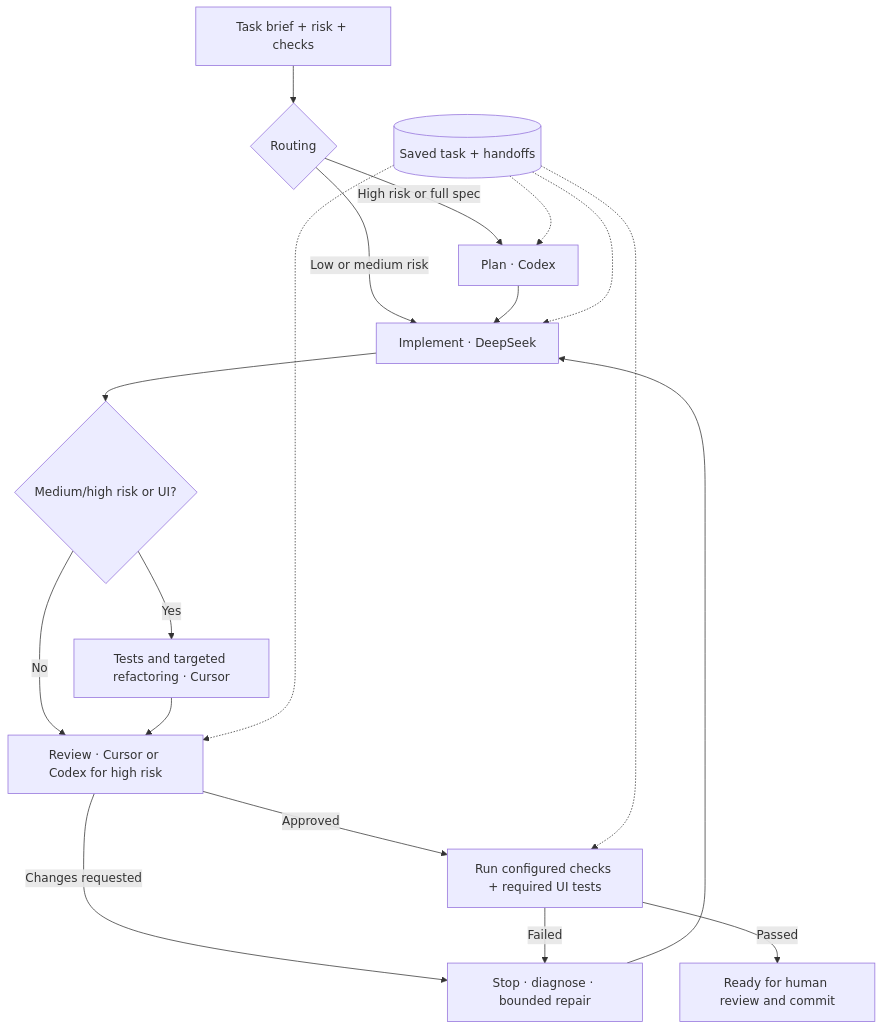
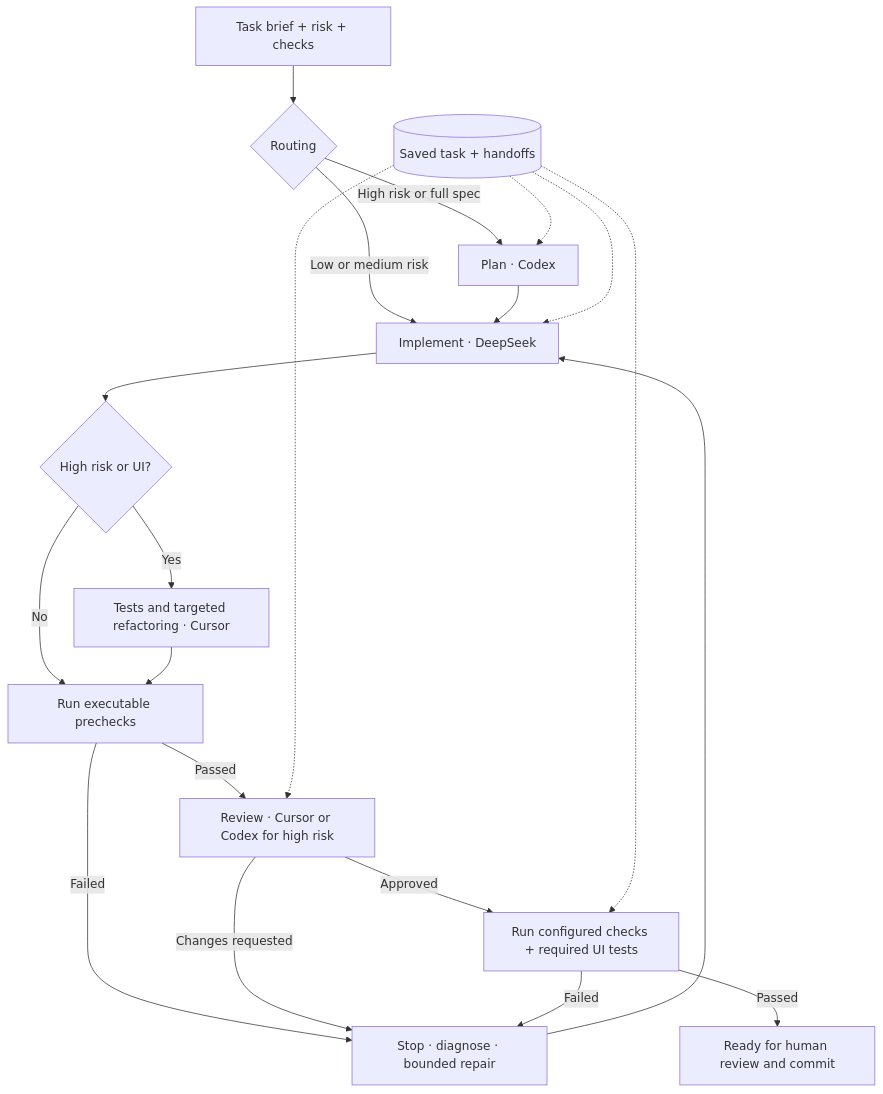
One commit to shahzadafridi/multi-model-workflow changed the diagram in README.md. Above: the diagram before and after it, drawn with Mermaid. The commit also changed other lines of this file and 16 other files, not shown here.

````diff
--- a/README.md
+++ b/README.md
@@ -9,20 +9,22 @@
 ```mermaid
 flowchart TD
     A[Task brief + risk + checks] --> B{Routing}
     B -->|High risk or full spec| C[Plan · Codex]
     B -->|Low or medium risk| D[Implement · DeepSeek]
     C --> D
-    D --> E{Medium/high risk or UI?}
+    D --> E{High risk or UI?}
     E -->|Yes| F[Tests and targeted refactoring · Cursor]
-    E -->|No| G[Review · Cursor or Codex for high risk]
-    F --> G
+    E -->|No| P[Run executable prechecks]
+    F --> P
+    P -->|Passed| G[Review · Cursor or Codex for high risk]
+    P -->|Failed| I
     G -->|Approved| H[Run configured checks + required UI tests]
     G -->|Changes requested| I[Stop · diagnose · bounded repair]
     H -->|Failed| I
     I --> D
     H -->|Passed| J[Ready for human review and commit]
     S[(Saved task + handoffs)] -.-> C
     S -.-> D
     S -.-> G
     S -.-> H
 ```
````
